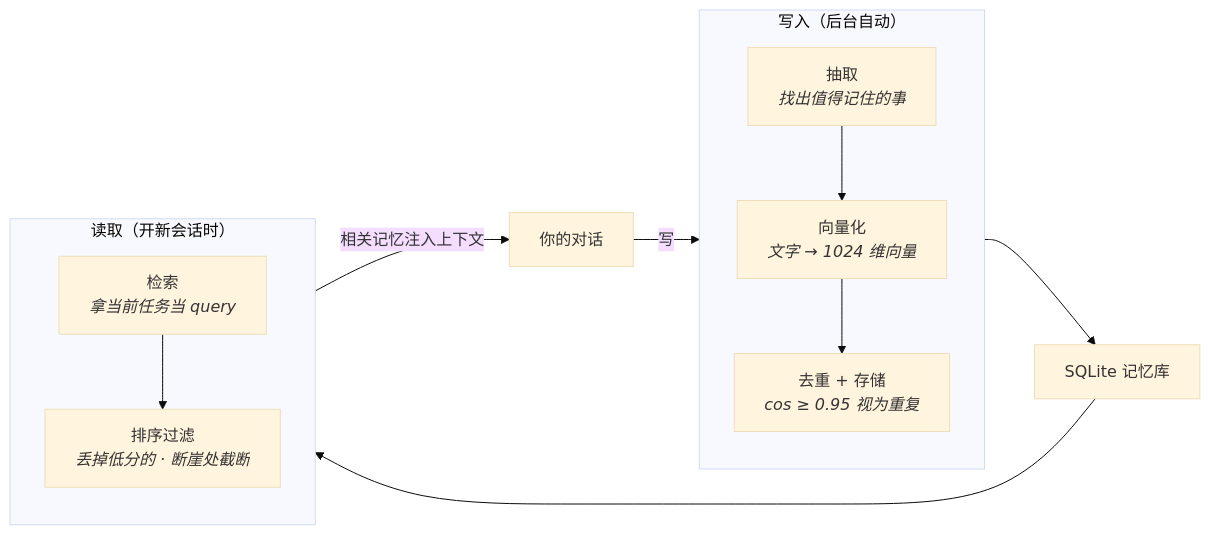
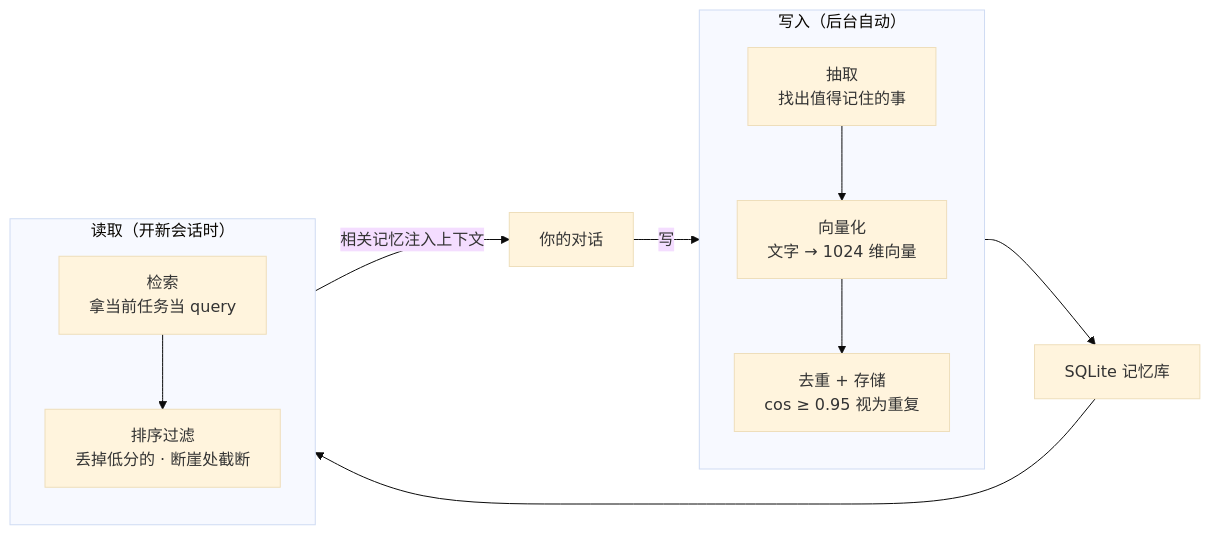
The diagram in README.md (MoeWang-ys/pi-memory), drawn with Mermaid (base theme) before and after one commit. The commit also changed other lines of this file and 6 other files, not shown here.

First line of the commit message:
README 配上手绘风插图 + 架构图

````diff
--- a/README.md
+++ b/README.md
@@ -52,26 +40,22 @@
 ```mermaid
 flowchart LR
     C["你的对话"]
-
     subgraph W["写入（后台自动）"]
         direction TB
-        E1["抽取<br/><i>找出值得记住的事</i>"]
-        E2["向量化<br/><i>文字 → 1024 维向量</i>"]
-        E3["去重 + 存储<br/><i>cos ≥ 0.95 视为重复</i>"]
+        E1["抽取<br/>找出值得记住的事"]
+        E2["向量化<br/>文字 → 1024 维向量"]
+        E3["去重 + 存储<br/>cos ≥ 0.95 视为重复"]
         E1 --> E2 --> E3
     end
-
     subgraph R["读取（开新会话时）"]
         direction TB
-        R1["检索<br/><i>拿当前任务当 query</i>"]
-        R2["排序过滤<br/><i>丢掉低分的 · 断崖处截断</i>"]
+        R1["检索<br/>拿当前任务当 query"]
+        R2["排序过滤<br/>丢掉低分的 · 断崖处截断"]
         R1 --> R2
     end
-
     DB["SQLite 记忆库"]
-
     C -->|写| E1
     E3 --> DB
     DB --> R1
     R2 -->|相关记忆注入上下文| C
 ```
````
